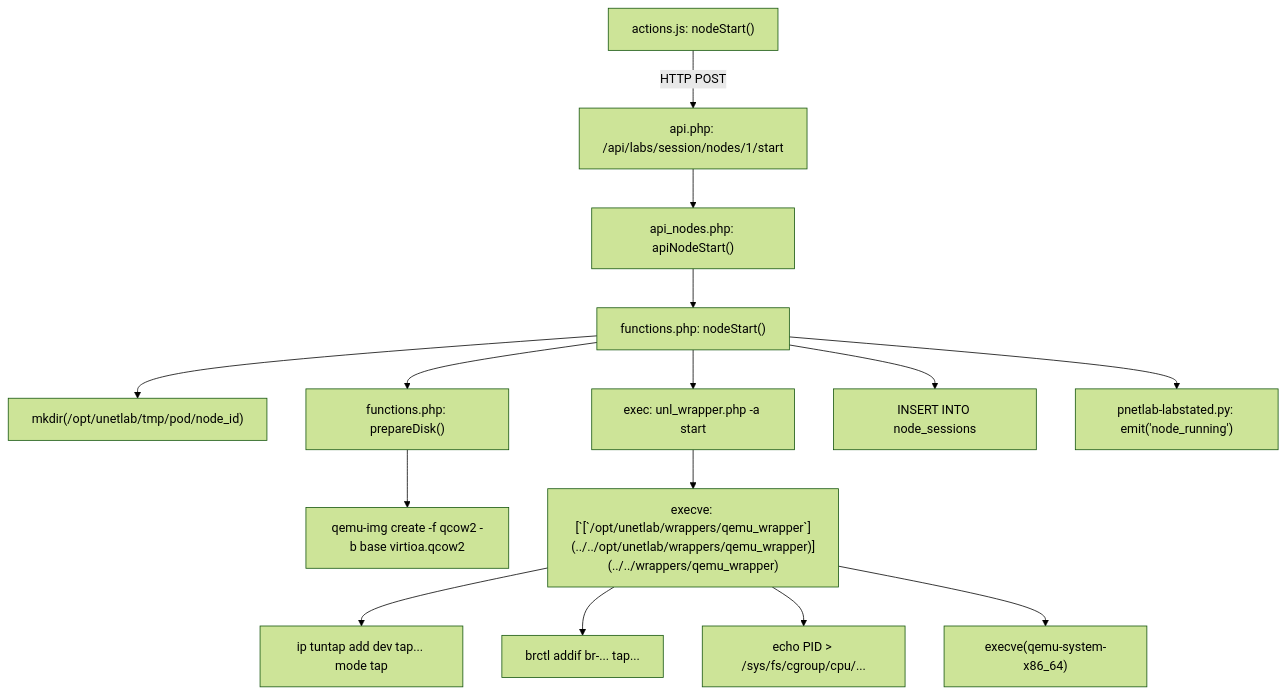
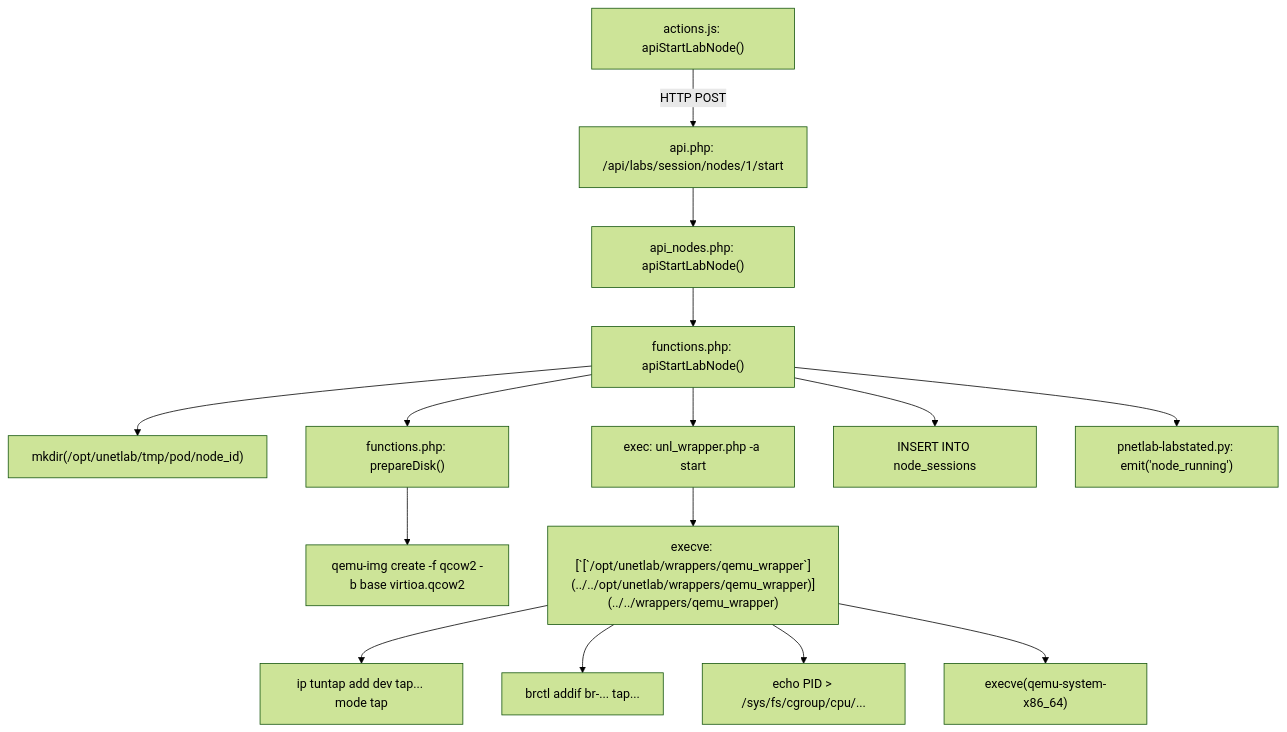
Before and after one commit to Luuxinhxinh/pnet-v8: the diagram in docs/03-diagrams/f02-node-start-lifecycle-callgraph.md, drawn with Mermaid (forest theme). The commit also changed 39 other files, not shown here.

````diff
--- a/docs/03-diagrams/f02-node-start-lifecycle-callgraph.md
+++ b/docs/03-diagrams/f02-node-start-lifecycle-callgraph.md
@@ -9,17 +9,17 @@
 ```mermaid
 graph TD
-    UI["actions.js: nodeStart()"] -->|HTTP POST| API["api.php: /api/labs/session/nodes/1/start"]
-    API --> NODE_API["api_nodes.php: apiNodeStart()"]
-    NODE_API --> FUNC_START["functions.php: nodeStart()"]
+    UI["actions.js: apiStartLabNode()"] -->|HTTP POST| API["api.php: /api/labs/session/nodes/1/start"]
+    API --> NODE_API["api_nodes.php: apiStartLabNode()"]
+    NODE_API --> FUNC_START["functions.php: apiStartLabNode()"]
     FUNC_START --> MK_TMP["mkdir(/opt/unetlab/tmp/pod/node_id)"]
     FUNC_START --> PREP_DISK["functions.php: prepareDisk()"]
     PREP_DISK --> QEMU_IMG["qemu-img create -f qcow2 -b base virtioa.qcow2"]
     FUNC_START --> CLI_WRAPPER["exec: unl_wrapper.php -a start"]
     CLI_WRAPPER --> C_WRAPPER["execve: [`[`/opt/unetlab/wrappers/qemu_wrapper`](../../opt/unetlab/wrappers/qemu_wrapper)](../../wrappers/qemu_wrapper)"]
     C_WRAPPER --> CREATE_TAP["ip tuntap add dev tap... mode tap"]
     C_WRAPPER --> BR_ATTACH["brctl addif br-... tap..."]
     C_WRAPPER --> CGROUP_ATTACH["echo PID > /sys/fs/cgroup/cpu/..."]
     C_WRAPPER --> EXEC_HYPERVISOR["execve(qemu-system-x86_64)"]
     FUNC_START --> DB_SESSION["INSERT INTO node_sessions"]
     FUNC_START --> SSE_NOTIF["pnetlab-labstated.py: emit('node_running')"]
 ```
````
